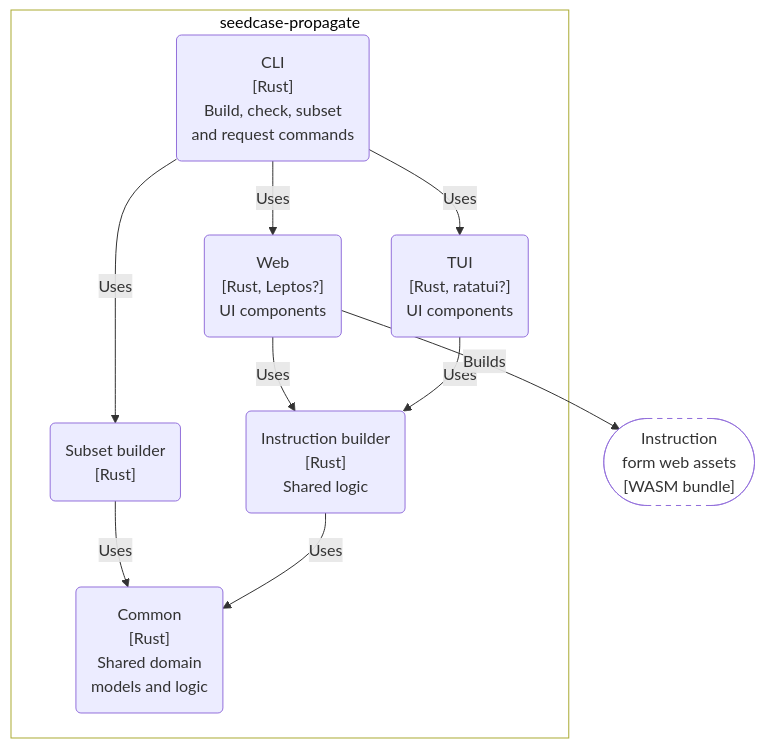
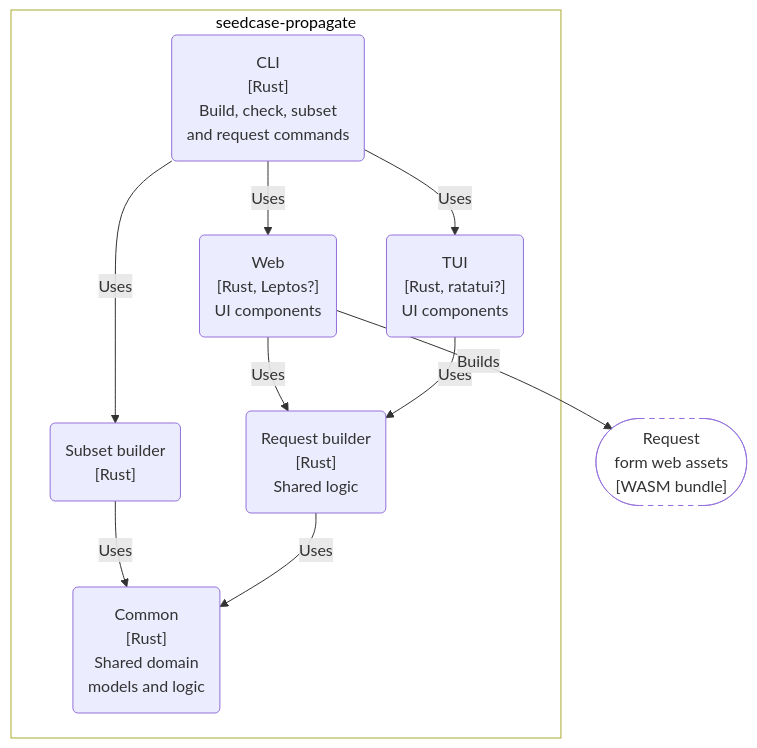
Before and after one commit to seedcase-project/seedcase-propagate: the second of 2 diagrams in docs/design/architecture.qmd, drawn with Mermaid. The commit also changed other lines of this file, not shown here.

````diff
--- a/docs/design/architecture.qmd
+++ b/docs/design/architecture.qmd
@@ -134,33 +136,33 @@
 ```{mermaid}
 %%| label: fig-c4-container
 %%| fig-cap: >-
 %%|   C4 container diagram showing the main Rust crates in Propagate and the
 %%|   command-line interface.
 
 flowchart TD
 
   subgraph "seedcase-propagate"
     common("Common<br>[Rust]<br>Shared domain<br>models and logic")
-    instruction_builder("Instruction builder<br>[Rust]<br>Shared logic")
+    request_builder("Request builder<br>[Rust]<br>Shared logic")
     subset_builder("Subset builder<br>[Rust]")
     web("Web<br>[Rust, Leptos?]<br>UI components")
     tui("TUI<br>[Rust, ratatui?]<br>UI components")
     cli("CLI<br>[Rust]<br>Build, check, subset<br>and request commands")
 
     subset_builder -- "Uses" --> common
-    instruction_builder -- "Uses" --> common
-    web -- "Uses" --> instruction_builder
-    tui -- "Uses" --> instruction_builder
+    request_builder -- "Uses" --> common
+    web -- "Uses" --> request_builder
+    tui -- "Uses" --> request_builder
     cli -- "Uses" --> subset_builder
     cli -- "Uses" --> web
     cli -- "Uses" --> tui
   end
 
-  form_assets(["Instruction<br>form web assets<br>[WASM bundle]"])
+  form_assets(["Request<br>form web assets<br>[WASM bundle]"])
 
   web --"Builds"--> form_assets
 
   %% Styling
   style seedcase-propagate fill:#FFFFFF, color:#000000
   style form_assets fill:transparent, stroke-dasharray: 5 5
 ```
````
